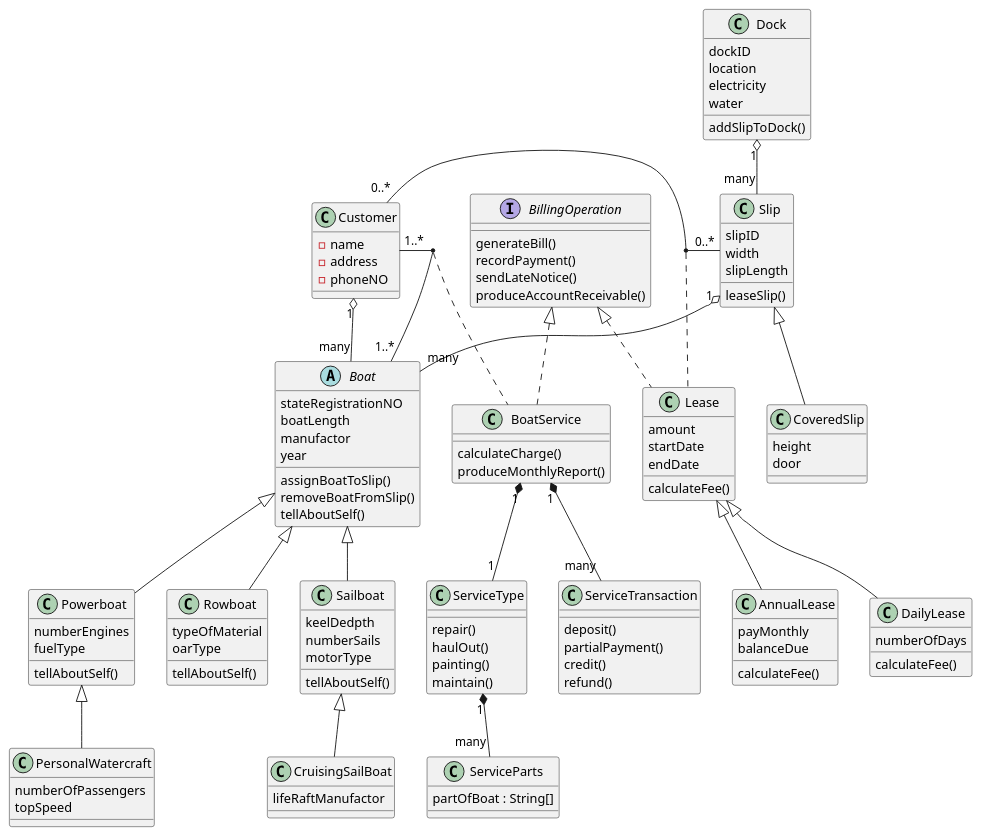
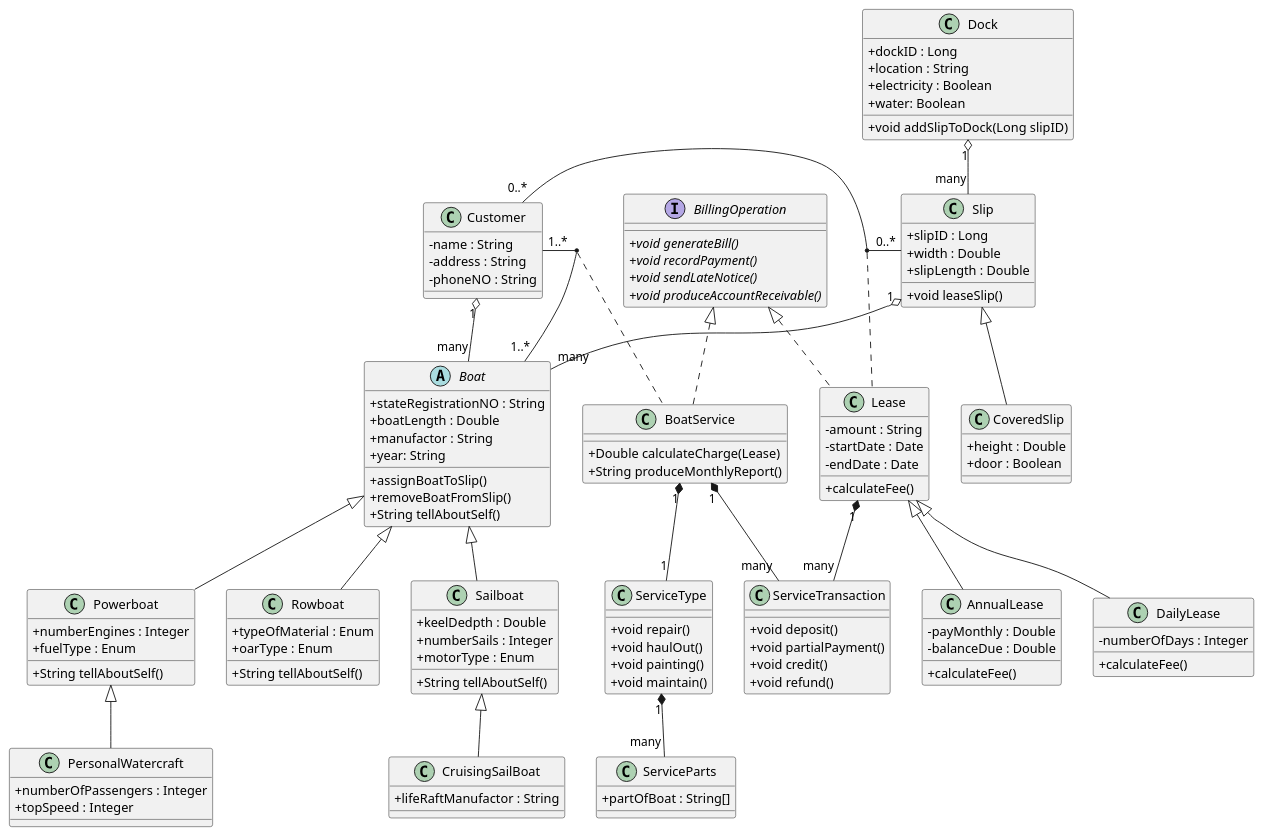
One commit to Ying-LUO/Java2_Assignment2 changed the diagram in ClassDiagram.puml. Above: the diagram before and after it, drawn with PlantUML.

```diff
--- a/ClassDiagram.puml
+++ b/ClassDiagram.puml
@@ -1,147 +1,149 @@
-@startuml Bradshaw Marina Case Study
-
+@startuml Bradshaw Marina Case Study Class Diagram
+skinparam classAttributeIconSize 0
 abstract class Lease{
-    amount 
-    startDate 
-    endDate
-    calculateFee()
+    -amount : String
+    -startDate : Date
+    -endDate : Date
+    +calculateFee()
 }
 
 class AnnualLease{
-    payMonthly 
-    balanceDue
-    calculateFee()
+    -payMonthly : Double
+    -balanceDue : Double
+    +calculateFee()
 }
 
 class DailyLease{
-    numberOfDays
-    calculateFee()
+    -numberOfDays : Integer
+    +calculateFee()
 }
 
 abstract class Boat{
-    stateRegistrationNO 
-    boatLength 
-    manufactor 
-    year
-    assignBoatToSlip()
-    removeBoatFromSlip()
-    tellAboutSelf()
+    +stateRegistrationNO : String
+    +boatLength : Double
+    +manufactor : String
+    +year: String
+    +assignBoatToSlip()
+    +removeBoatFromSlip()
+    +String tellAboutSelf()
 }
 
 class Sailboat{
-    keelDedpth
-    numberSails
-    motorType
-    tellAboutSelf()
+    +keelDedpth : Double
+    +numberSails : Integer
+    +motorType : Enum
+    +String tellAboutSelf()
 }
 
 class Powerboat{
-    numberEngines
-    fuelType
-    tellAboutSelf()
+    +numberEngines : Integer
+    +fuelType : Enum
+    +String tellAboutSelf()
 }
 
 class Rowboat{
-    typeOfMaterial
-    oarType
-    tellAboutSelf()
+    +typeOfMaterial : Enum
+    +oarType : Enum
+    +String tellAboutSelf()
 }
 
 class CruisingSailBoat{
-    lifeRaftManufactor
+    +lifeRaftManufactor : String
 }
 
 class PersonalWatercraft{
-    numberOfPassengers
-    topSpeed
+    +numberOfPassengers : Integer
+    +topSpeed : Integer
 }
 
 class Customer{
-    -name
-    -address
-    -phoneNO
+    -name : String
+    -address : String
+    -phoneNO : String
 }
 
 class Slip{
-    slipID 
-    width 
-    slipLength
-    leaseSlip()
+    +slipID : Long
+    +width : Double
+    +slipLength : Double
+    +void leaseSlip()
 }
 
 class CoveredSlip{
-    height 
-    door
+    +height : Double
+    +door : Boolean
 }
 
 class Dock{
-    dockID
-    location
-    electricity
-    water
-    addSlipToDock()
+    +dockID : Long
+    +location : String
+    +electricity : Boolean
+    +water: Boolean
+    +void addSlipToDock(Long slipID)
 }
 
 class BoatService{
-    calculateCharge()
-    produceMonthlyReport()
+    +Double calculateCharge(Lease)
+    +String produceMonthlyReport()
 }
 
 class ServiceType{
-    repair()
-    haulOut()
-    painting()
-    maintain()
+    +void repair()
+    +void haulOut()
+    +void painting()
+    +void maintain()
 }
 
 class ServiceParts{
-    partOfBoat : String[]
+    +partOfBoat : String[]
 }
 
 
 class ServiceTransaction{
-    deposit()
-    partialPayment()
-    credit()
-    refund()
+    +void deposit()
+    +void partialPayment()
+    +void credit()
+    +void refund()
 }
 
 interface BillingOperation{
-    generateBill()
-    recordPayment()
-    sendLateNotice()
-    produceAccountReceivable()
+    +{abstract} void generateBill()
+    +{abstract} void recordPayment()
+    +{abstract} void sendLateNotice()
+    +{abstract} void produceAccountReceivable()
 }
 
 
 Customer "0..*" - "0..*" Slip
 (Customer, Slip) .. Lease
 
 Boat <|-- Sailboat
 Boat <|-- Powerboat
 Boat <|-- Rowboat
 
 Sailboat <|-- CruisingSailBoat
 Powerboat <|-- PersonalWatercraft
 
 Slip <|-- CoveredSlip
 
 Lease <|-- AnnualLease
 Lease <|-- DailyLease
 
 Customer "1" o-- "many" Boat
 Dock "1" o-- "many" Slip
 Slip "1" o-- "many" Boat
 
 Customer "1..*" - "1..*" Boat
 (Customer, Boat) .. BoatService
 
 class BoatService implements BillingOperation
 class Lease implements BillingOperation
 
 BoatService "1" *-- "many" ServiceTransaction
+Lease "1" *-- "many" ServiceTransaction
+
 BoatService "1" *-- "1" ServiceType
 ServiceType "1" *-- "many" ServiceParts
 
 
 @enduml
```
